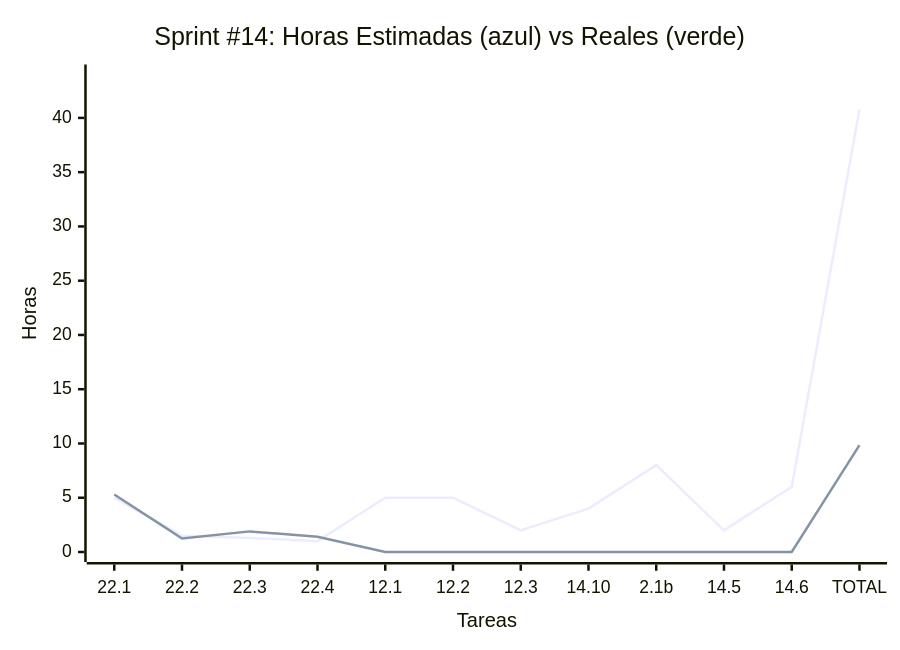
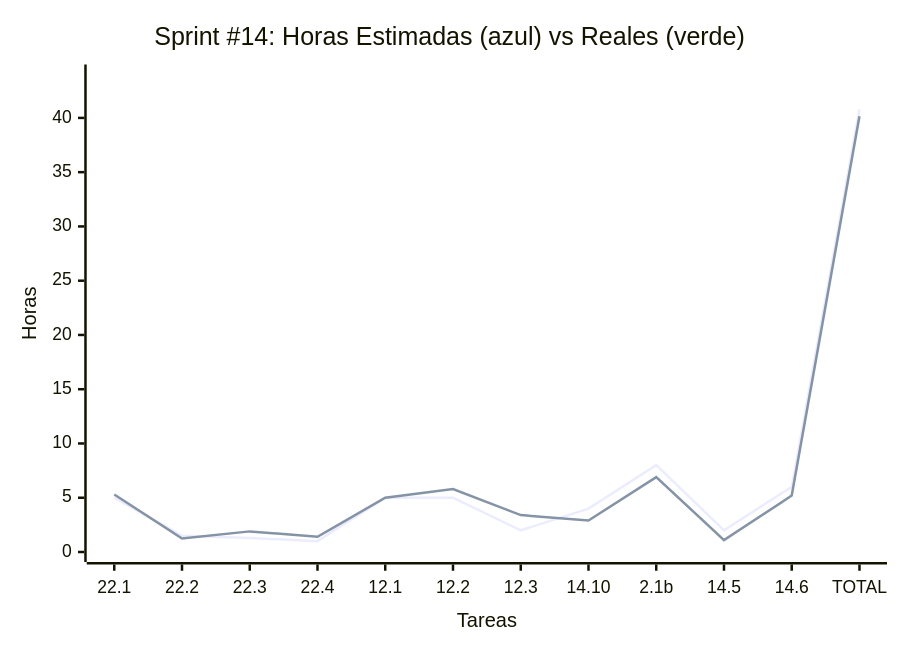
Diagram 14 of 14 in docs/SprintsPlanning.md (MarkMed/FleetMan), drawn with Mermaid before and after one commit. The commit also changed other lines of this file and 1 other file, not shown here.

````diff
--- a/docs/SprintsPlanning.md
+++ b/docs/SprintsPlanning.md
@@ -824,9 +824,9 @@
 ```mermaid
 xychart-beta
     title "Sprint #14: Horas Estimadas (azul) vs Reales (verde)"
     x-axis "Tareas" ["22.1", "22.2", "22.3", "22.4", "12.1", "12.2", "12.3", "14.10", "2.1b", "14.5", "14.6", "TOTAL"]
     y-axis "Horas" 0 --> 44
     
     line [5, 1.5, 1.3, 1, 5, 5, 2, 4, 8, 2, 6, 40.8]
-    line [5.3, 1.25, 1.9, 1.4, 0, 0, 0, 0, 0, 0, 0, 9.85]
+    line [5.3, 1.25, 1.9, 1.4, 5, 5.8, 3.4, 2.9, 6.9, 1.1, 5.2, 40.15]
 ```
````
